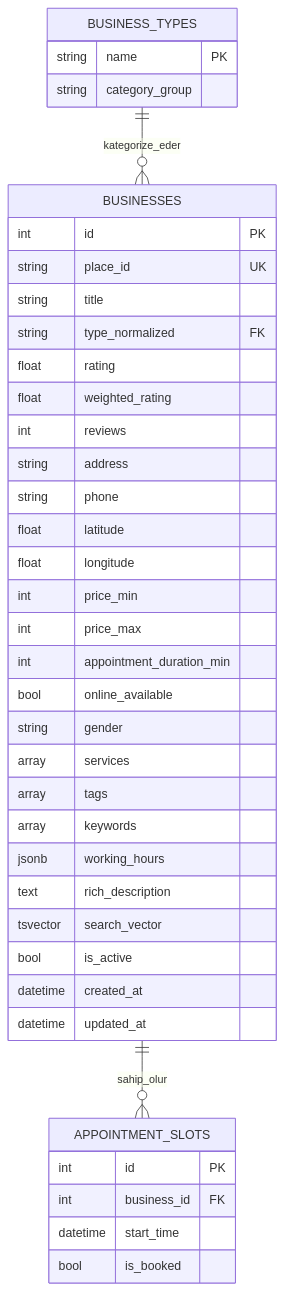
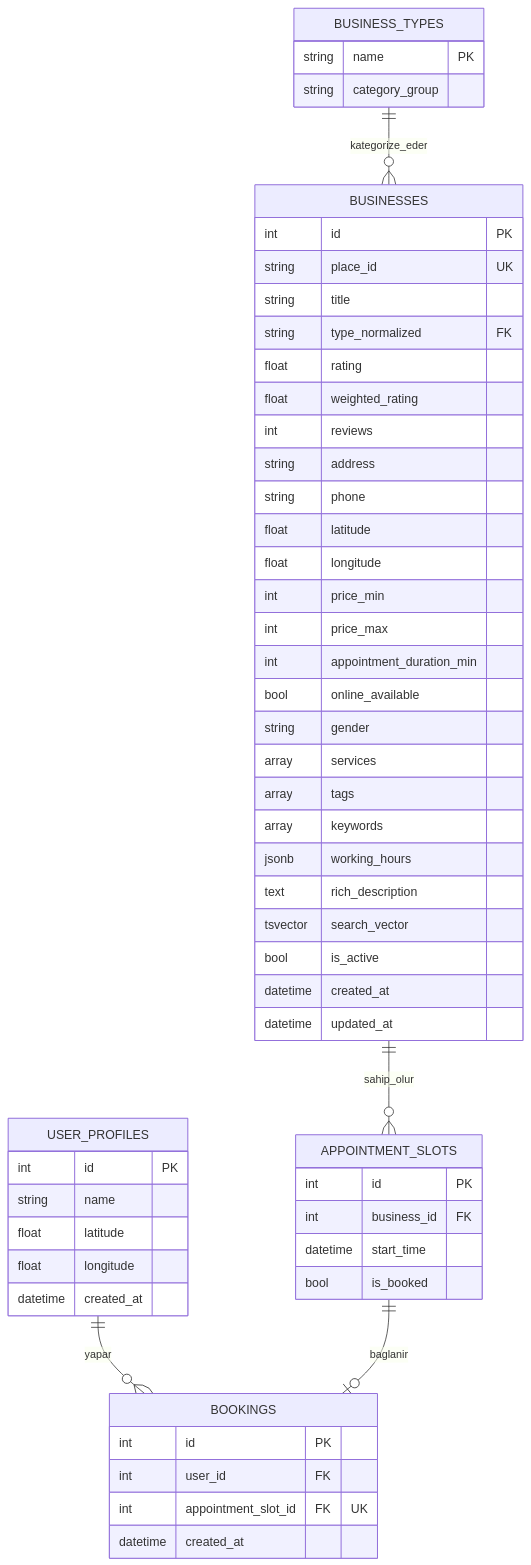
Before and after one commit to ErenReyhanlioglu/seekbind: the diagram in docs/database_schema.md, drawn with Mermaid. The commit also changed other lines of this file and 4 other files, not shown here.

First line of the commit message:
feat: user_profiles ve bookings tabloları eklendi

````diff
--- a/docs/database_schema.md
+++ b/docs/database_schema.md
@@ -10,45 +10,62 @@
 ```mermaid
 erDiagram
     BUSINESS_TYPES ||--o{ BUSINESSES : kategorize_eder
     BUSINESSES ||--o{ APPOINTMENT_SLOTS : sahip_olur
+    USER_PROFILES ||--o{ BOOKINGS : yapar
+    APPOINTMENT_SLOTS ||--o| BOOKINGS : baglanir
 
     BUSINESS_TYPES {
         string name PK
         string category_group
     }
 
     BUSINESSES {
         int id PK
         string place_id UK
         string title
         string type_normalized FK
         float rating
         float weighted_rating
         int reviews
         string address
         string phone
         float latitude
         float longitude
         int price_min
         int price_max
         int appointment_duration_min
         bool online_available
         string gender
         array services
         array tags
         array keywords
         jsonb working_hours
         text rich_description
         tsvector search_vector
         bool is_active
         datetime created_at
         datetime updated_at
     }
 
     APPOINTMENT_SLOTS {
         int id PK
         int business_id FK
         datetime start_time
         bool is_booked
     }
+
+    USER_PROFILES {
+        int id PK
+        string name
+        float latitude
+        float longitude
+        datetime created_at
+    }
+
+    BOOKINGS {
+        int id PK
+        int user_id FK
+        int appointment_slot_id FK "UK"
+        datetime created_at
+    }
 ```
````
